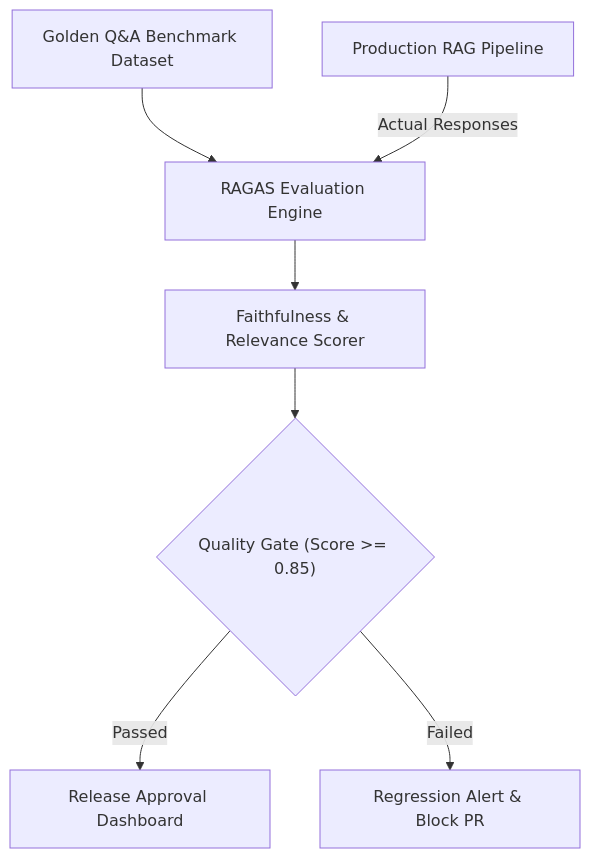
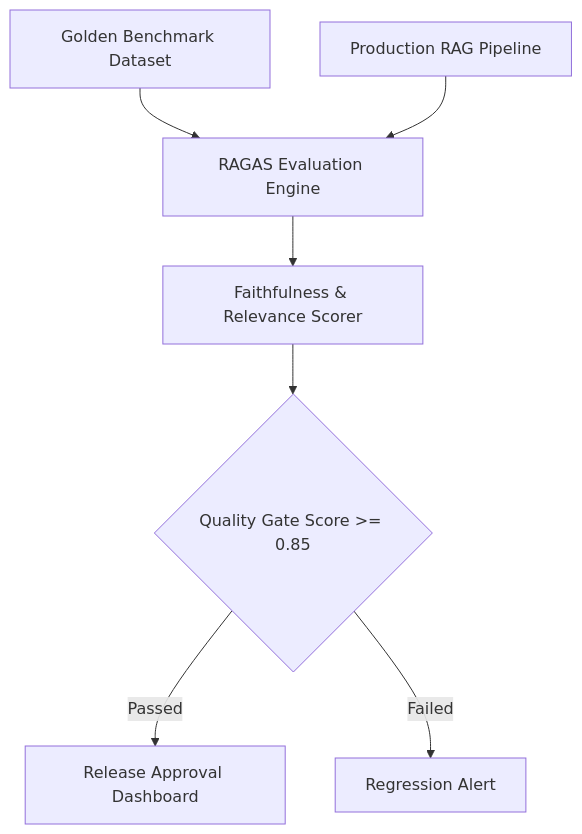
Before and after one commit to sricheru/agentic-ai-portfolio: diagram 13 of 20 in genai_enterprise_usecases/ARCHITECTURE_GUIDE.md, drawn with Mermaid. The commit also changed other lines of this file, not shown here.

Commit message:
fix(mermaid): switch to pure flowchart TD and remove label collisions

````diff
--- a/genai_enterprise_usecases/ARCHITECTURE_GUIDE.md
+++ b/genai_enterprise_usecases/ARCHITECTURE_GUIDE.md
@@ -289,9 +288,9 @@
 ```mermaid
-graph TD
-    GoldenDataset["Golden Q&A Benchmark Dataset"] --> Evaluator["RAGAS Evaluation Engine"]
-    RAGSystem["Production RAG Pipeline"] -->|Actual Responses| Evaluator
-    Evaluator --> Metrics["Faithfulness & Relevance Scorer"]
-    Metrics --> ThresholdGate{"Quality Gate (Score >= 0.85)"}
-    ThresholdGate -->|Passed| ReleaseReport["Release Approval Dashboard"]
-    ThresholdGate -->|Failed| Alert["Regression Alert & Block PR"]
+flowchart TD
+    GoldenDataset[Golden Benchmark Dataset] --> Evaluator[RAGAS Evaluation Engine]
+    RAGSystem[Production RAG Pipeline] --> Evaluator
+    Evaluator --> Metrics[Faithfulness & Relevance Scorer]
+    Metrics --> ThresholdGate{Quality Gate Score >= 0.85}
+    ThresholdGate -->|Passed| ReleaseReport[Release Approval Dashboard]
+    ThresholdGate -->|Failed| Alert[Regression Alert]
 ```
````
